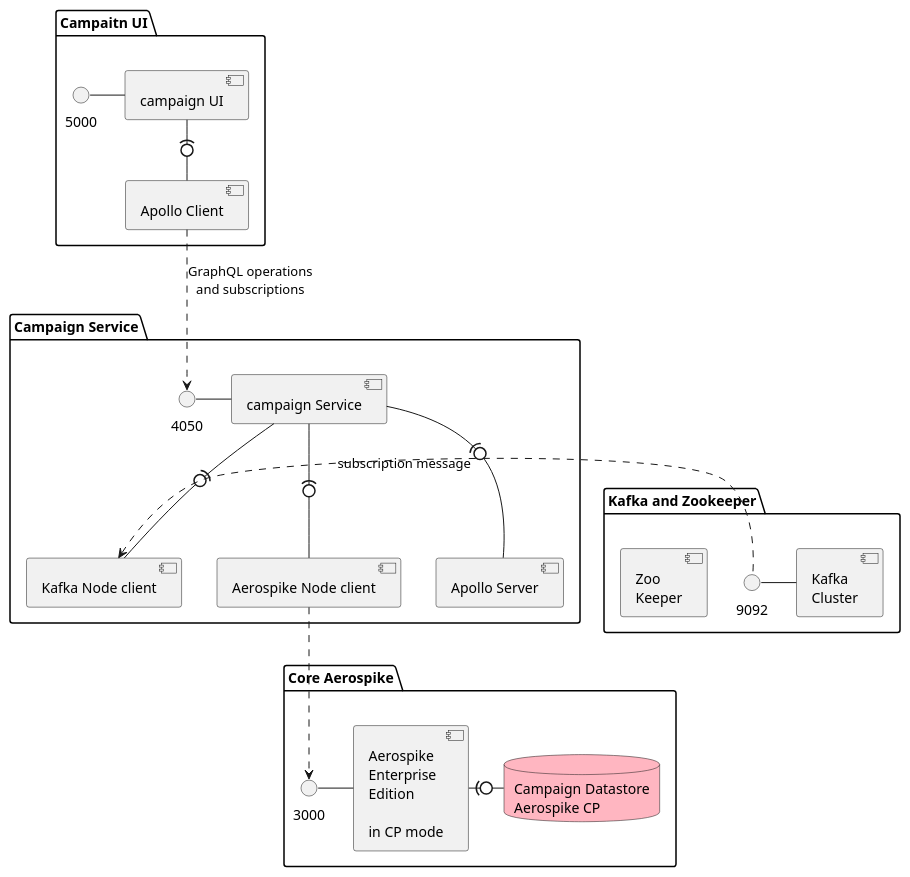
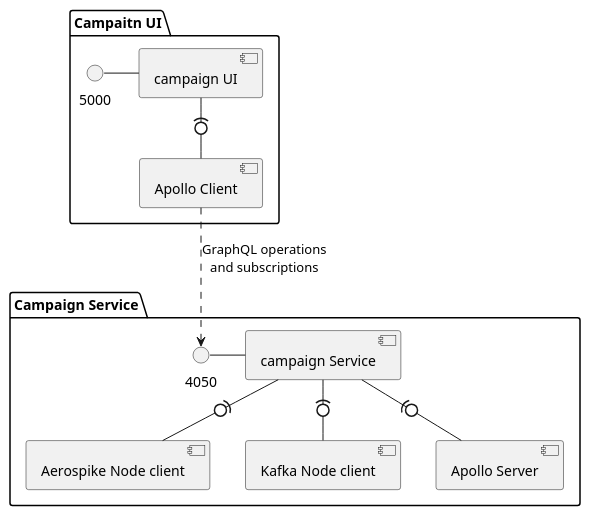
Before and after one commit to helipilot50/real-time-reporting-aerospike-kafka: the diagram in architecture/campaign-service-component-detail.puml, drawn with PlantUML. The commit also changed 1 other file, not shown here.

Commit message:
no message

```diff
--- a/architecture/campaign-service-component-detail.puml
+++ b/architecture/campaign-service-component-detail.puml
@@ -1,45 +1,27 @@
 @startuml
 skinparam componentStyle uml2
-
-package "Core Aerospike" {
-    () "3000" as ascSocket
-    component "Aerospike\nEnterprise\nEdition\n\nin CP mode" as asCore
-    ascSocket - asCore
-    database "Campaign Datastore\nAerospike CP" as core #LightPink
-    asCore -r(0- core
-}
-
-package "Kafka and Zookeeper" {
-    () "9092" as kafClient
-    component [Kafka\nCluster] as kafCluster
-    kafClient - kafCluster
-
-    component [Zoo\nKeeper] as zookeeper
-}
 
 package "Campaign Service" {
     () "4050" as campaignSocket
     component "campaign Service" as campaignService
     campaignSocket - campaignService
     component "Aerospike Node client" as campNodeCore
     campaignService -(0- campNodeCore
     component "Kafka Node client" as campNodeKafka
     campaignService -(0- campNodeKafka
     component "Apollo Server" as campApolloServer
     campaignService -(0- campApolloServer
 }
 package "Campaitn UI" {
     () "5000" as campaignUISocket
     component "campaign UI" as campaignUI
     campaignUISocket - campaignUI
     component "Apollo Client" as apolloClient
     campaignUI -(0- apolloClient
 
 }
 
-campNodeKafka <.r. kafClient: subscription message
-campNodeCore ..> ascSocket
 
 apolloClient ..> campaignSocket: GraphQL operations\nand subscriptions
 
 @enduml
```
